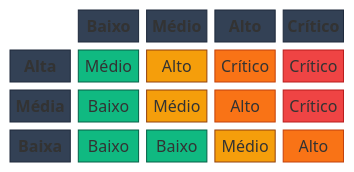
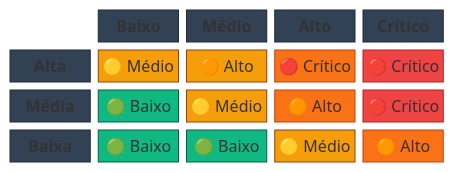
One commit to Evilazaro/Azure-LogicApps-Monitoring changed the ninth of 9 diagrams in docs/planoProjetoModernizacao.md. Above: the diagram before and after it, drawn with Mermaid. The commit also changed other lines of this file, not shown here.

````diff
--- a/docs/planoProjetoModernizacao.md
+++ b/docs/planoProjetoModernizacao.md
@@ -1329,25 +1534,25 @@
 ```mermaid
 ---
 title: "Matriz de Severidade (Probabilidade × Impacto)"
 ---
 block-beta
   columns 5
 
   space:1 B["Baixo"]:1 M["Médio"]:1 A["Alto"]:1 C["Crítico"]:1
 
-  PA["Alta"]:1 PA_B["Médio"]:1 PA_M["Alto"]:1 PA_A["Crítico"]:1 PA_C["Crítico"]:1
-  PM["Média"]:1 PM_B["Baixo"]:1 PM_M["Médio"]:1 PM_A["Alto"]:1 PM_C["Crítico"]:1
-  PB["Baixa"]:1 PB_B["Baixo"]:1 PB_M["Baixo"]:1 PB_A["Médio"]:1 PB_C["Alto"]:1
+  PA["Alta"]:1 PA_B["🟡 Médio"]:1 PA_M["🟠 Alto"]:1 PA_A["🔴 Crítico"]:1 PA_C["🔴 Crítico"]:1
+  PM["Média"]:1 PM_B["🟢 Baixo"]:1 PM_M["🟡 Médio"]:1 PM_A["🟠 Alto"]:1 PM_C["🔴 Crítico"]:1
+  PB["Baixa"]:1 PB_B["🟢 Baixo"]:1 PB_M["🟢 Baixo"]:1 PB_A["🟡 Médio"]:1 PB_C["🟠 Alto"]:1
 
   classDef header fill:#334155,stroke:#1E293B,color:#FFFFFF,font-weight:bold
   classDef baixo fill:#10B981,stroke:#065F46,color:#FFFFFF
   classDef medio fill:#F59E0B,stroke:#92400E,color:#FFFFFF
   classDef alto fill:#F97316,stroke:#C2410C,color:#FFFFFF
   classDef critico fill:#EF4444,stroke:#B91C1C,color:#FFFFFF
 
   class B,M,A,C,PA,PM,PB header
-  class PA_B,PM_B,PB_B,PB_M baixo
-  class PA_M,PM_M,PB_A medio
+  class PM_B,PB_B,PB_M baixo
+  class PA_B,PA_M,PM_M,PB_A medio
   class PA_A,PM_A,PB_C alto
   class PA_C,PM_C critico
 ```
````
